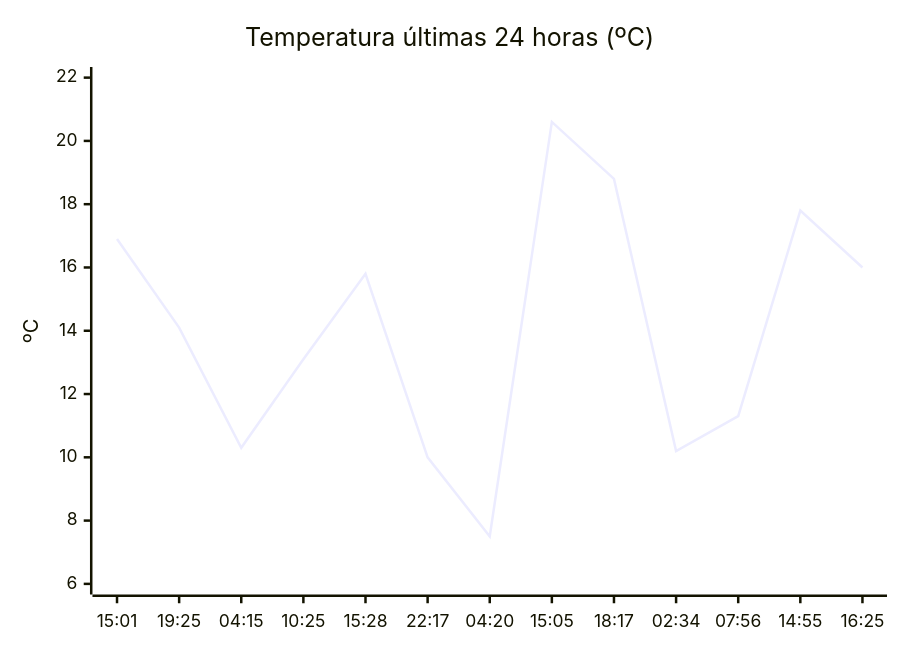
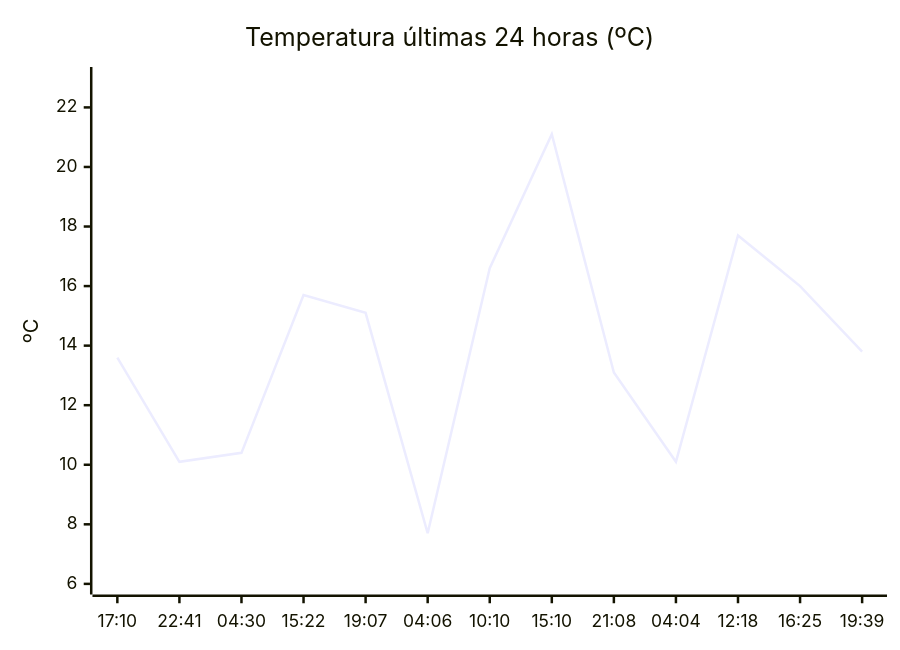
Before and after one commit to solidsnk86/rem-scrap: the diagram in README.md, drawn with Mermaid. The commit also changed other lines of this file, not shown here.

````diff
--- a/README.md
+++ b/README.md
@@ -36,7 +28,7 @@
 ```mermaid
 xychart-beta
     title "Temperatura últimas 24 horas (ºC)"
-    x-axis ["15:01", "19:25", "04:15", "10:25", "15:28", "22:17", "04:20", "15:05", "18:17", "02:34", "07:56", "14:55", "16:25"]
-    y-axis "ºC" 6 --> 22
-    line [16.9, 14.1, 10.3, 13.1, 15.8, 10, 7.5, 20.6, 18.8, 10.2, 11.3, 17.8, 16]
+    x-axis ["17:10", "22:41", "04:30", "15:22", "19:07", "04:06", "10:10", "15:10", "21:08", "04:04", "12:18", "16:25", "19:39"]
+    y-axis "ºC" 6 --> 23
+    line [13.6, 10.1, 10.4, 15.7, 15.1, 7.7, 16.6, 21.1, 13.1, 10.1, 17.7, 16, 13.8]
 ```
````
